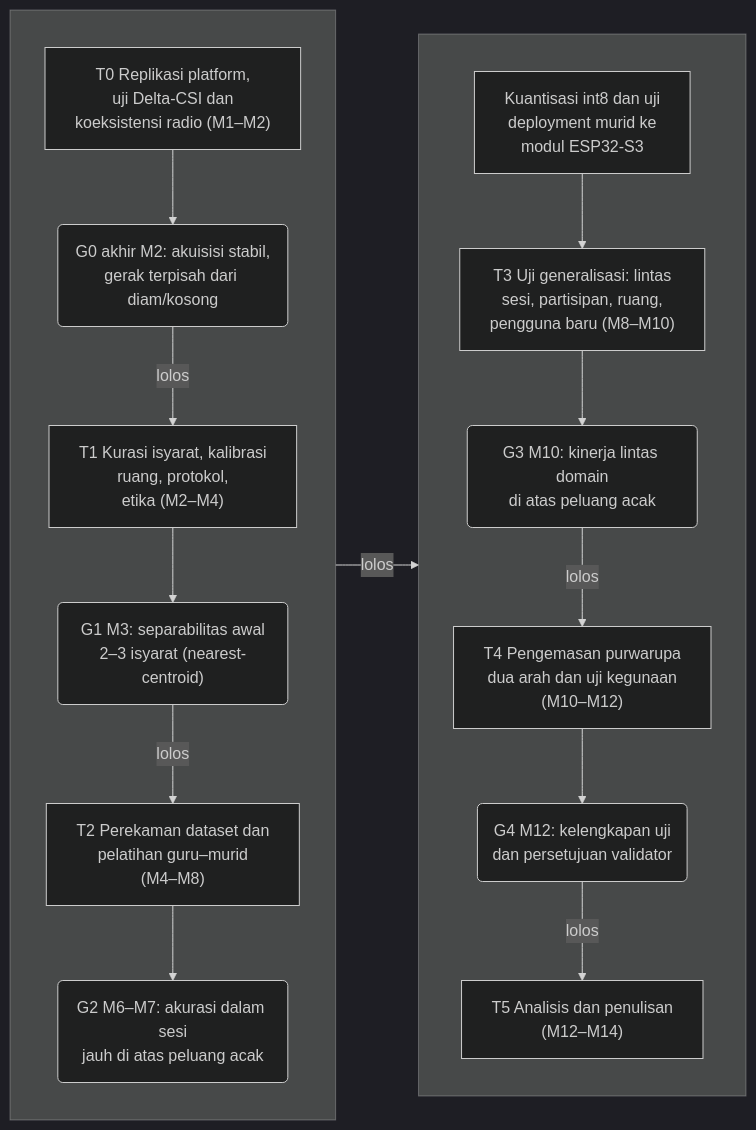
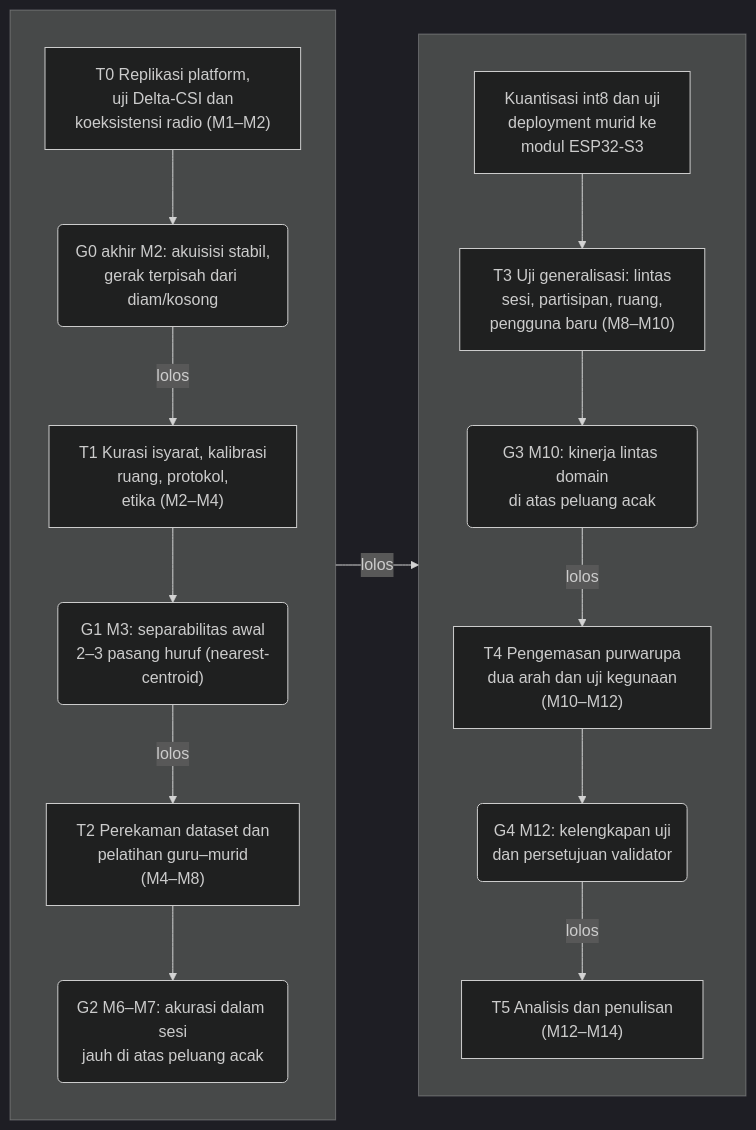
Before and after one commit to ILoveTahuTek/skripsi: the first of 8 diagrams in download/translator-sibi-final/draft-final.md, drawn with Mermaid (dark theme). The commit also changed other lines of this file and 15 other files, not shown here.

````diff
--- a/download/translator-sibi-final/draft-final.md
+++ b/download/translator-sibi-final/draft-final.md
@@ -252,32 +252,32 @@
 ```mermaid
 flowchart LR
     subgraph KA[" "]
         direction TB
         T0["T0 Replikasi platform,<br/>uji Delta-CSI dan<br/>koeksistensi radio (M1–M2)"]
         G0("G0 akhir M2: akuisisi stabil,<br/>gerak terpisah dari diam/kosong")
         T1["T1 Kurasi isyarat, kalibrasi<br/>ruang, protokol,<br/>etika (M2–M4)"]
-        G1("G1 M3: separabilitas awal<br/>2–3 isyarat (nearest-centroid)")
+        G1("G1 M3: separabilitas awal<br/>2–3 pasang huruf (nearest-centroid)")
         T2["T2 Perekaman dataset dan<br/>pelatihan guru–murid<br/>(M4–M8)"]
         G2("G2 M6–M7: akurasi dalam sesi<br/>jauh di atas peluang acak")
         T0 --> G0
         G0 -- "lolos" --> T1
         T1 --> G1
         G1 -- "lolos" --> T2
         T2 --> G2
     end
     subgraph KB[" "]
         direction TB
         T2B["Kuantisasi int8 dan uji<br/>deployment murid ke<br/>modul ESP32-S3"]
         T3["T3 Uji generalisasi: lintas<br/>sesi, partisipan, ruang,<br/>pengguna baru (M8–M10)"]
         G3("G3 M10: kinerja lintas domain<br/>di atas peluang acak")
         T4["T4 Pengemasan purwarupa<br/>dua arah dan uji kegunaan<br/>(M10–M12)"]
         G4("G4 M12: kelengkapan uji<br/>dan persetujuan validator")
         T5["T5 Analisis dan penulisan<br/>(M12–M14)"]
         T2B --> T3
         T3 --> G3
         G3 -- "lolos" --> T4
         T4 --> G4
         G4 -- "lolos" --> T5
     end
     KA -- "lolos" --> KB
 ```
````
